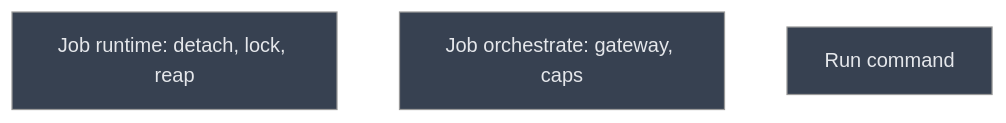
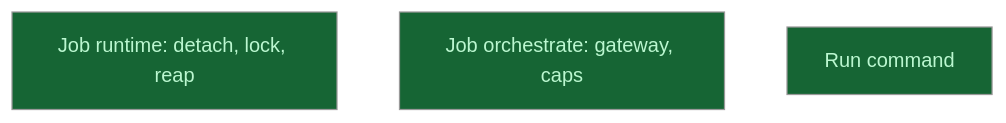
The diagram in __roadmap__/m2b-execution-parity/runs/jobs/README.md (CrackingShells/Candler), drawn with Mermaid (neutral theme) before and after one commit. The commit also changed other lines of this file and 7 other files, not shown here.

````diff
--- a/__roadmap__/m2b-execution-parity/runs/jobs/README.md
+++ b/__roadmap__/m2b-execution-parity/runs/jobs/README.md
@@ -18,11 +18,11 @@
 ```mermaid
 graph TD
-    job_runtime[Job runtime: detach, lock, reap]:::planned
-    job_orchestrate[Job orchestrate: gateway, caps]:::planned
-    cli[Run command]:::planned
+    job_runtime[Job runtime: detach, lock, reap]:::done
+    job_orchestrate[Job orchestrate: gateway, caps]:::done
+    cli[Run command]:::done
     classDef done       fill:#166534,color:#bbf7d0
     classDef inprogress fill:#854d0e,color:#fef08a
     classDef planned    fill:#374151,color:#e5e7eb
     classDef amendment  fill:#1e3a5f,color:#bfdbfe
     classDef blocked    fill:#7f1d1d,color:#fecaca
 ```
````
